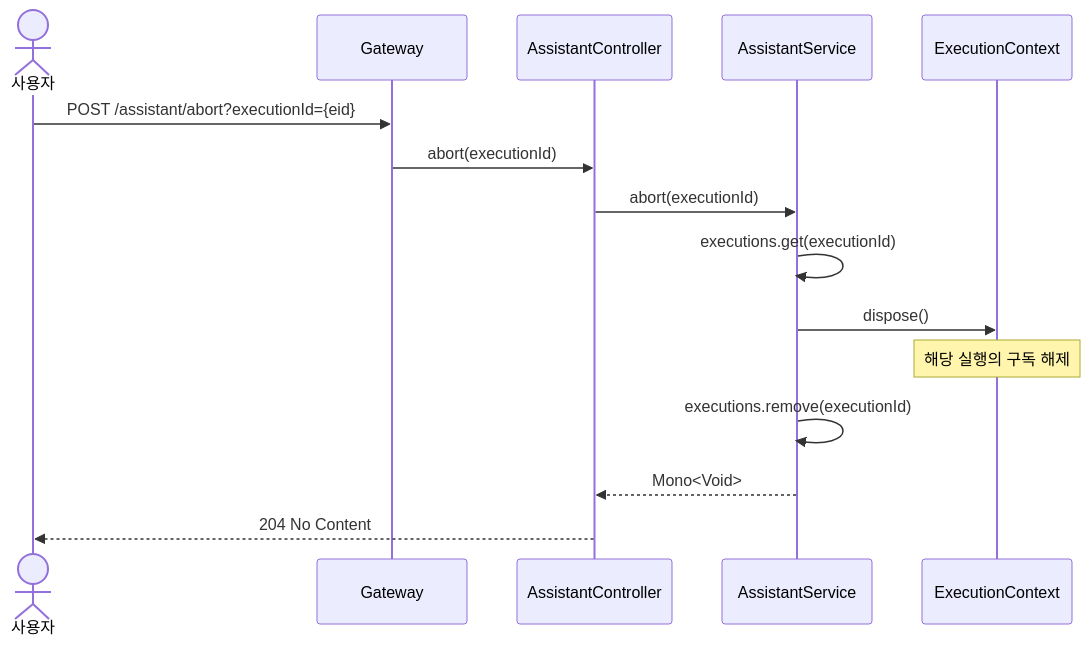
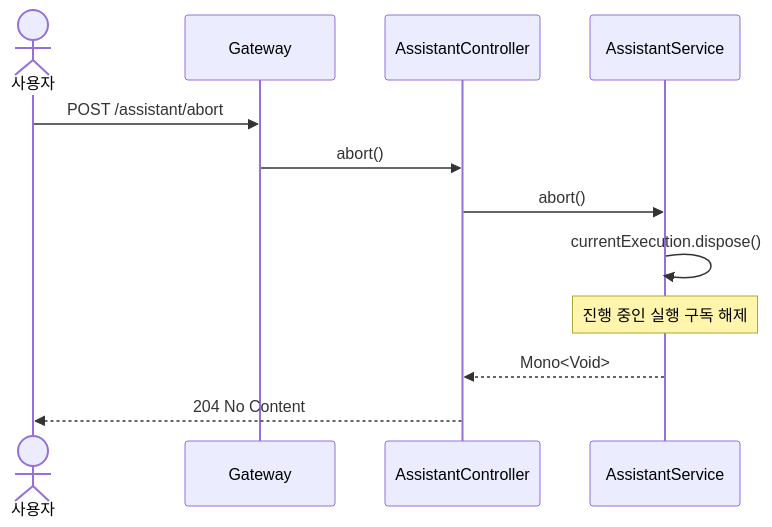
One commit to sayaya1090/handbook changed the fourth of 7 diagrams in assistant/USECASE.md. Above: the diagram before and after it, drawn with Mermaid. The commit also changed other lines of this file and 645 other files, not shown here.

````diff
--- a/assistant/USECASE.md
+++ b/assistant/USECASE.md
@@ -126,18 +108,15 @@
 ```mermaid
 sequenceDiagram
     actor User as 사용자
     participant GW as Gateway
     participant Ctrl as AssistantController
     participant Svc as AssistantService
-    participant Ctx as ExecutionContext
 
-    User->>GW: POST /assistant/abort?executionId={eid}
-    GW->>Ctrl: abort(executionId)
-    Ctrl->>Svc: abort(executionId)
-    Svc->>Svc: executions.get(executionId)
-    Svc->>Ctx: dispose()
-    Note over Ctx: 해당 실행의 구독 해제
-    Svc->>Svc: executions.remove(executionId)
+    User->>GW: POST /assistant/abort
+    GW->>Ctrl: abort()
+    Ctrl->>Svc: abort()
+    Svc->>Svc: currentExecution.dispose()
+    Note over Svc: 진행 중인 실행 구독 해제
     Svc-->>Ctrl: Mono<Void>
     Ctrl-->>User: 204 No Content
 ```
````
